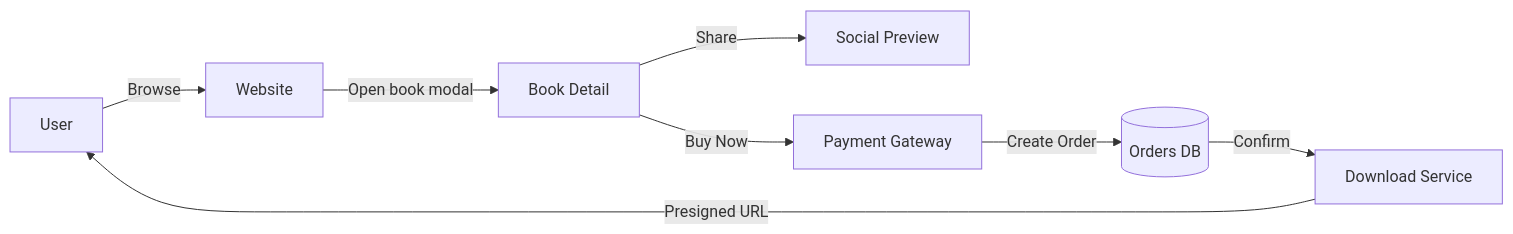
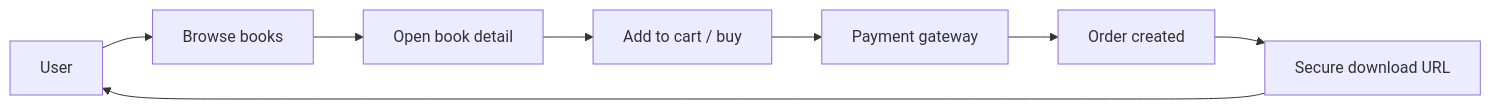
One commit to Ashelycole1/thebookworm changed the diagram in README.md. Above: the diagram before and after it, drawn with Mermaid. The commit also changed other lines of this file and 1 other file, not shown here.

````diff
--- a/README.md
+++ b/README.md
@@ -83,10 +96,10 @@
 ```mermaid
 flowchart LR
-	U[User] -->|Browse| S[Website]
-	S -->|Open book modal| B[Book Detail]
-	B -->|Share| Social[Social Preview]
-	B -->|Buy Now| P[Payment Gateway]
-	P -->|Create Order| O[(Orders DB)]
-	O -->|Confirm| D[Download Service]
-	D -->|Presigned URL| U
+    U[User] --> B[Browse books]
+    B --> D[Open book detail]
+    D --> C[Add to cart / buy]
+    C --> P[Payment gateway]
+    P --> O[Order created]
+    O --> S[Secure download URL]
+    S --> U
 ```
````
